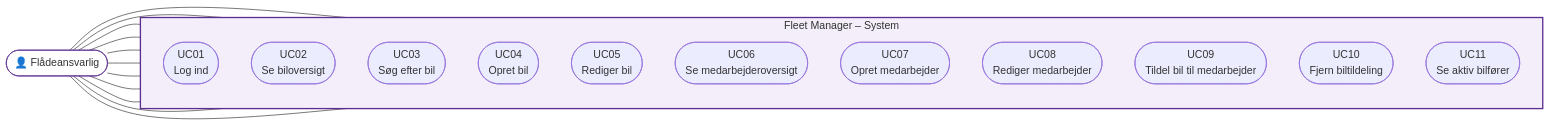
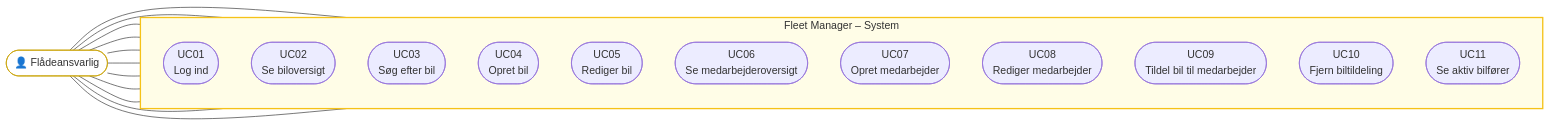
Before and after one commit to JenosanJudes/FleetManager_SEP2: the diagram in diagrams/use_case_diagram.md, drawn with Mermaid. The commit also changed 6 other files, not shown here.

````diff
--- a/diagrams/use_case_diagram.md
+++ b/diagrams/use_case_diagram.md
@@ -5,34 +5,34 @@
 ```mermaid
 flowchart LR
     actor(["👤 Flådeansvarlig"])
 
     subgraph system["Fleet Manager – System"]
         direction TB
         UC01(["UC01\nLog ind"])
         UC02(["UC02\nSe biloversigt"])
         UC03(["UC03\nSøg efter bil"])
         UC04(["UC04\nOpret bil"])
         UC05(["UC05\nRediger bil"])
         UC06(["UC06\nSe medarbejderoversigt"])
         UC07(["UC07\nOpret medarbejder"])
         UC08(["UC08\nRediger medarbejder"])
         UC09(["UC09\nTildel bil til medarbejder"])
         UC10(["UC10\nFjern biltildeling"])
         UC11(["UC11\nSe aktiv bilfører"])
     end
 
     actor --- UC01
     actor --- UC02
     actor --- UC03
     actor --- UC04
     actor --- UC05
     actor --- UC06
     actor --- UC07
     actor --- UC08
     actor --- UC09
     actor --- UC10
     actor --- UC11
 
-    style system fill:#f3eef9,stroke:#5c2d91,stroke-width:2px
-    style actor fill:#fff,stroke:#5c2d91
+    style system fill:#fffde7,stroke:#f5c218,stroke-width:2px
+    style actor fill:#fff,stroke:#c8a000
 ```
````
